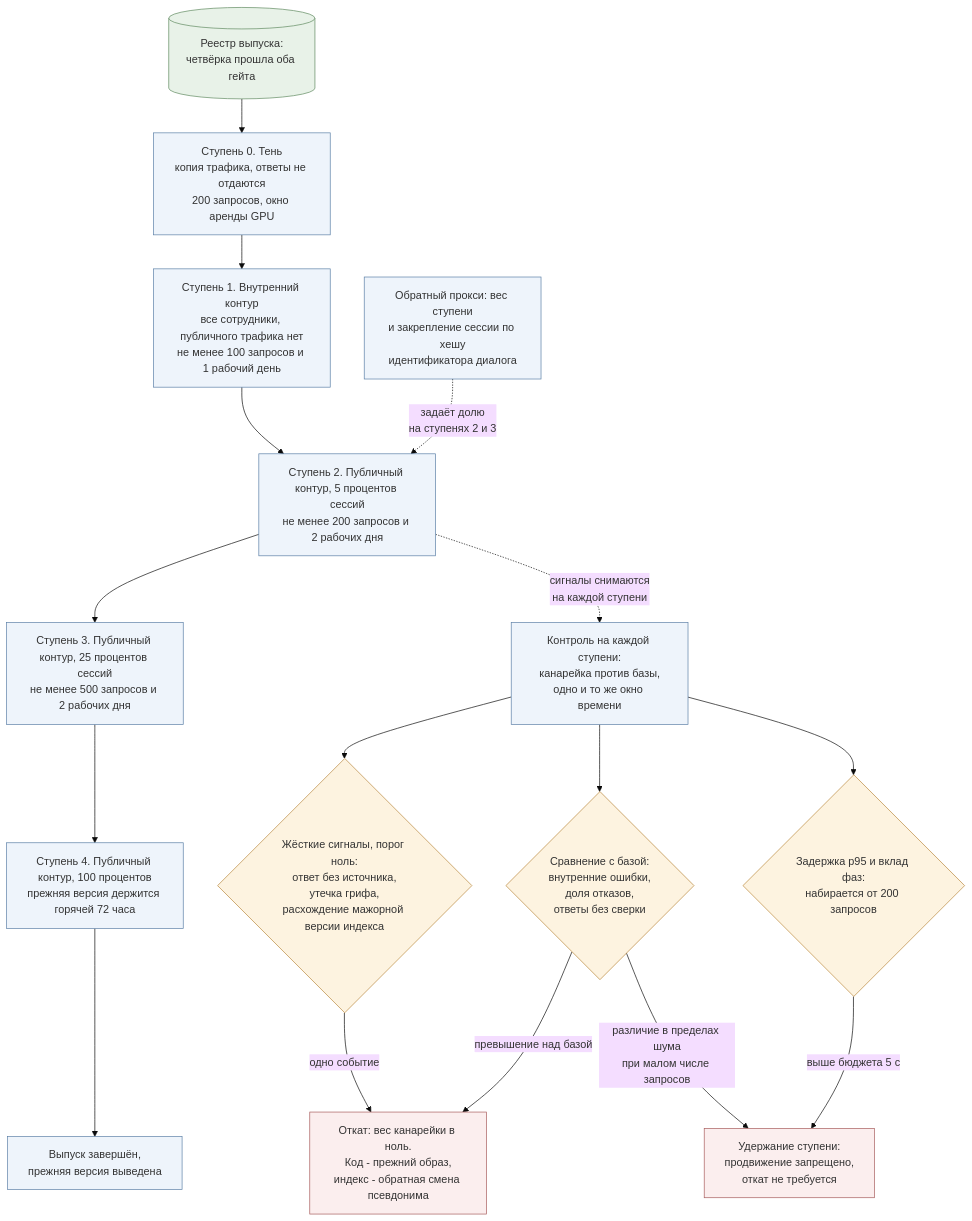
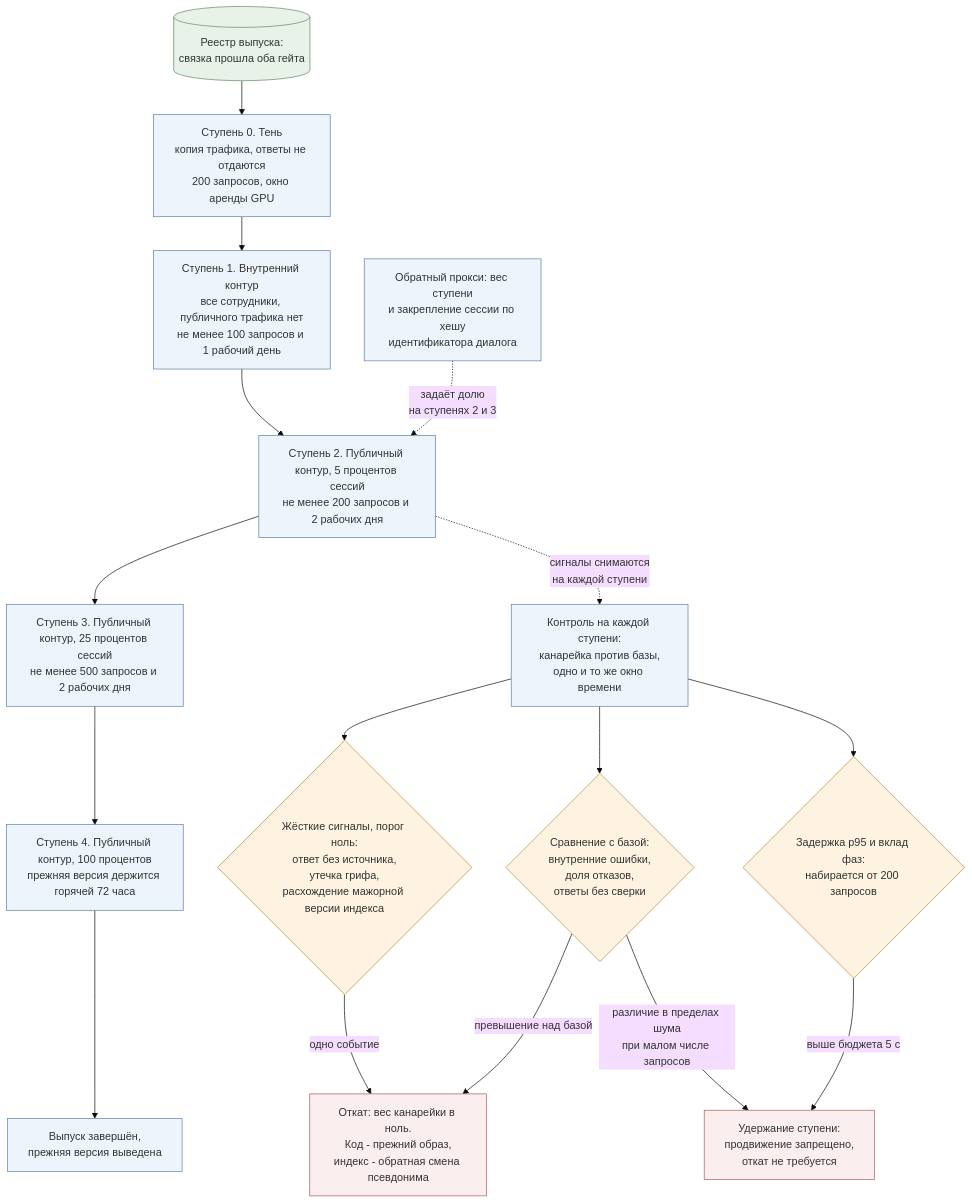
One commit to SandalAndrey/otus_ai_architect changed the diagram in docs/diagrams/delivery-canary.mmd. Above: the diagram before and after it, drawn with Mermaid (base theme). The commit also changed 9 other files, not shown here.

Commit message:
docs: заменить "четвёрка" на "связка артефактов"

```diff
--- a/docs/diagrams/delivery-canary.mmd
+++ b/docs/diagrams/delivery-canary.mmd
@@ -1,47 +1,47 @@
 %% Канареечный выпуск: ступени, условия перехода и сигналы отката.
 %% Ступени считаются запросами, а не процентами: 1 процент трафика - 10 запросов в сутки.
 %% Решения - ADR-0020, описание - docs/16-delivery-pipeline.md.
 %% Пересборка: npx @mermaid-js/mermaid-cli -i delivery-canary.mmd -o delivery-canary.png -s 3 -b white
 flowchart TB
 
-  BUNDLE[("Реестр выпуска:<br/>четвёрка прошла оба гейта")]
+  BUNDLE[("Реестр выпуска:<br/>связка прошла оба гейта")]
 
   S0["Ступень 0. Тень<br/>копия трафика, ответы не отдаются<br/>200 запросов, окно аренды GPU"]
   S1["Ступень 1. Внутренний контур<br/>все сотрудники, публичного трафика нет<br/>не менее 100 запросов и 1 рабочий день"]
   S2["Ступень 2. Публичный контур, 5 процентов сессий<br/>не менее 200 запросов и 2 рабочих дня"]
   S3["Ступень 3. Публичный контур, 25 процентов сессий<br/>не менее 500 запросов и 2 рабочих дня"]
   S4["Ступень 4. Публичный контур, 100 процентов<br/>прежняя версия держится горячей 72 часа"]
   DONE["Выпуск завершён,<br/>прежняя версия выведена"]
 
   PROXY["Обратный прокси: вес ступени<br/>и закрепление сессии по хешу<br/>идентификатора диалога"]
 
   MON["Контроль на каждой ступени:<br/>канарейка против базы,<br/>одно и то же окно времени"]
 
   HARD{"Жёсткие сигналы, порог ноль:<br/>ответ без источника,<br/>утечка грифа,<br/>расхождение мажорной версии индекса"}
   SOFT{"Сравнение с базой:<br/>внутренние ошибки,<br/>доля отказов,<br/>ответы без сверки"}
   LAT{"Задержка p95 и вклад фаз:<br/>набирается от 200 запросов"}
 
   ROLL["Откат: вес канарейки в ноль.<br/>Код - прежний образ,<br/>индекс - обратная смена псевдонима"]
   HOLD["Удержание ступени:<br/>продвижение запрещено,<br/>откат не требуется"]
 
   BUNDLE --> S0 --> S1 --> S2 --> S3 --> S4 --> DONE
   PROXY -. "задаёт долю<br/>на ступенях 2 и 3" .-> S2
   S2 -. "сигналы снимаются<br/>на каждой ступени" .-> MON
 
   MON --> HARD
   MON --> SOFT
   MON --> LAT
 
   HARD -- "одно событие" --> ROLL
   SOFT -- "превышение над базой" --> ROLL
   SOFT -- "различие в пределах шума<br/>при малом числе запросов" --> HOLD
   LAT -- "выше бюджета 5 с" --> HOLD
 
   classDef stage fill:#eef4fb,stroke:#5b7fa6
   classDef gate fill:#fdf3e0,stroke:#b8863b
   classDef store fill:#e8f2e8,stroke:#5f8a5f
   classDef warn fill:#fbeeee,stroke:#a65b5b
   class S0,S1,S2,S3,S4,PROXY,MON,DONE stage
   class HARD,SOFT,LAT gate
   class BUNDLE store
   class ROLL,HOLD warn
```
